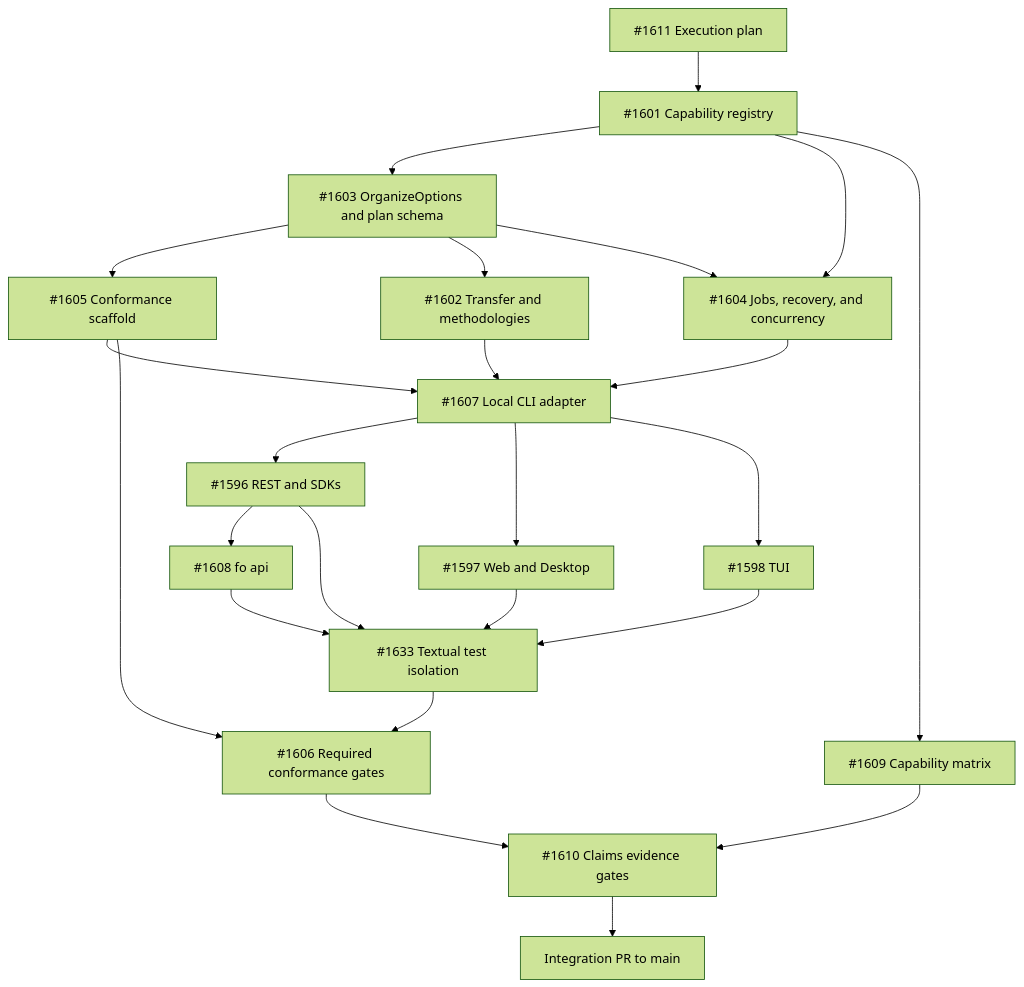
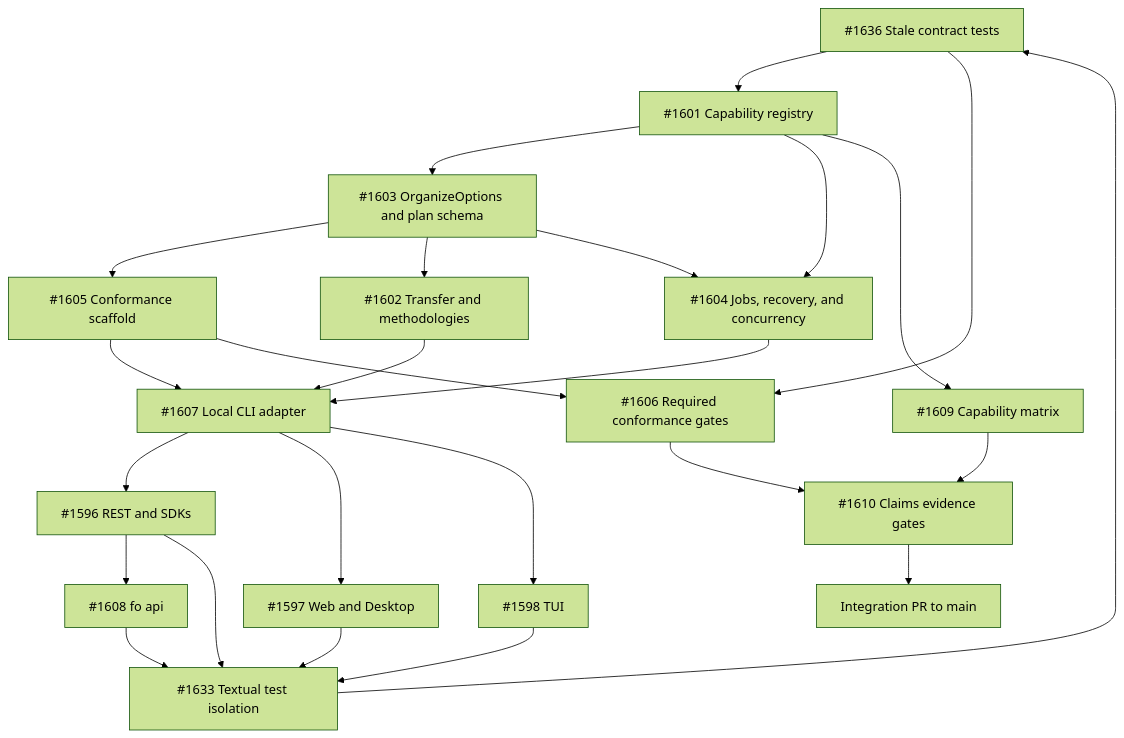
One commit to curdriceaurora/Local-File-Organizer changed the diagram in docs/architecture/cross-surface-parity-execution.md. Above: the diagram before and after it, drawn with Mermaid (forest theme). The commit also changed other lines of this file and 3 other files, not shown here.

First line of the commit message:
test: align stale tests with parity contracts

````diff
--- a/docs/architecture/cross-surface-parity-execution.md
+++ b/docs/architecture/cross-surface-parity-execution.md
@@ -104,26 +105,27 @@
 ```mermaid
 flowchart TD
     P["#1611 Execution plan"] --> A["#1601 Capability registry"]
     A --> B["#1603 OrganizeOptions and plan schema"]
     B --> C["#1605 Conformance scaffold"]
     B --> D["#1602 Transfer and methodologies"]
     A --> E["#1604 Jobs, recovery, and concurrency"]
     B --> E
     C --> F["#1607 Local CLI adapter"]
     D --> F
     E --> F
     F --> G["#1596 REST and SDKs"]
     F --> H["#1597 Web and Desktop"]
     F --> I["#1598 TUI"]
     G --> J["#1608 fo api"]
     G --> O["#1633 Textual test isolation"]
     H --> O
     I --> O
     J --> O
-    O --> K["#1606 Required conformance gates"]
+    O --> P["#1636 Stale contract tests"]
+    P --> K["#1606 Required conformance gates"]
     A --> L["#1609 Capability matrix"]
     C --> K
     K --> M["#1610 Claims evidence gates"]
     L --> M
     M --> N["Integration PR to main"]
 ```
````
